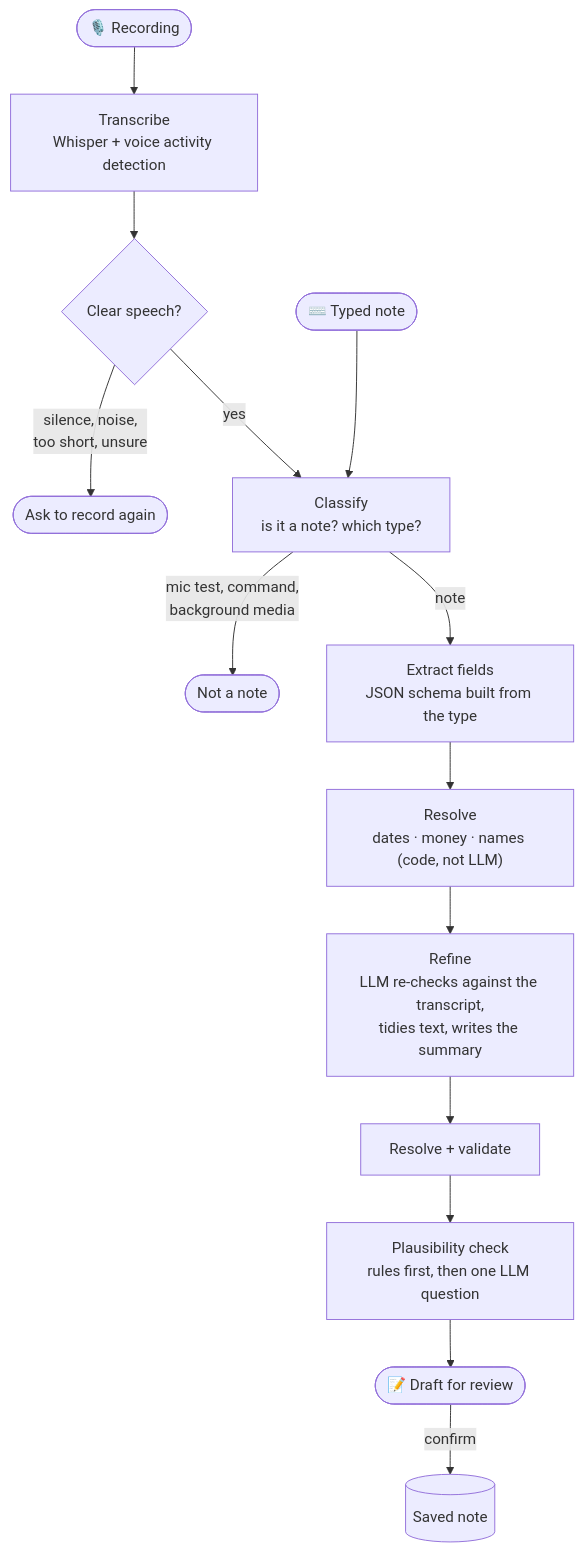
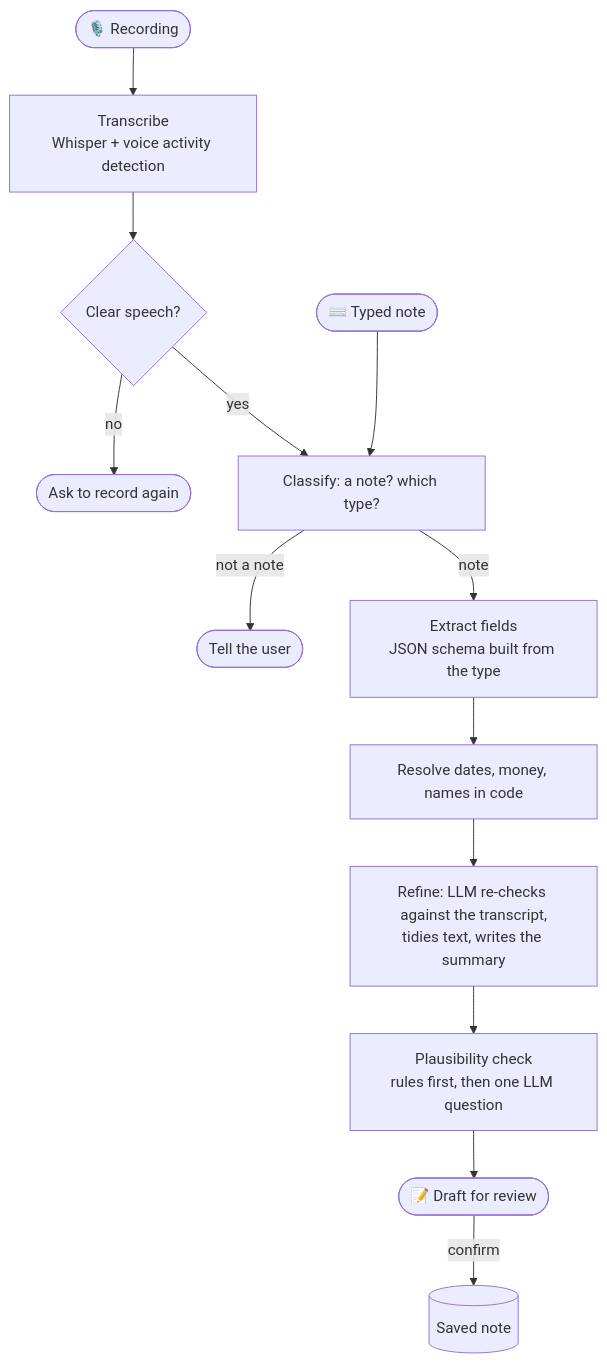
The second of 5 diagrams in README.md (gouravk001/YapIt), drawn with Mermaid before and after one commit. The commit also changed other lines of this file and 2 other files, not shown here.

````diff
--- a/README.md
+++ b/README.md
@@ -79,16 +88,15 @@
 ```mermaid
 flowchart TD
     A([🎙️ Recording]) --> B["Transcribe<br/>Whisper + voice activity detection"]
     B --> C{"Clear speech?"}
-    C -- "silence, noise,<br/>too short, unsure" --> R1([Ask to record again])
-    C -- yes --> D["Classify<br/>is it a note? which type?"]
+    C -- no --> R1([Ask to record again])
+    C -- yes --> D["Classify: a note? which type?"]
     T([⌨️ Typed note]) --> D
-    D -- "mic test, command,<br/>background media" --> R2([Not a note])
+    D -- "not a note" --> R2([Tell the user])
     D -- note --> E["Extract fields<br/>JSON schema built from the type"]
-    E --> F["Resolve<br/>dates · money · names (code, not LLM)"]
-    F --> G["Refine<br/>LLM re-checks against the transcript,<br/>tidies text, writes the summary"]
-    G --> H["Resolve + validate"]
-    H --> I["Plausibility check<br/>rules first, then one LLM question"]
-    I --> J([📝 Draft for review])
+    E --> F["Resolve dates, money, names in code"]
+    F --> G["Refine: LLM re-checks against the transcript,<br/>tidies text, writes the summary"]
+    G --> H["Plausibility check<br/>rules first, then one LLM question"]
+    H --> J([📝 Draft for review])
     J -- confirm --> K[(Saved note)]
 ```
````
